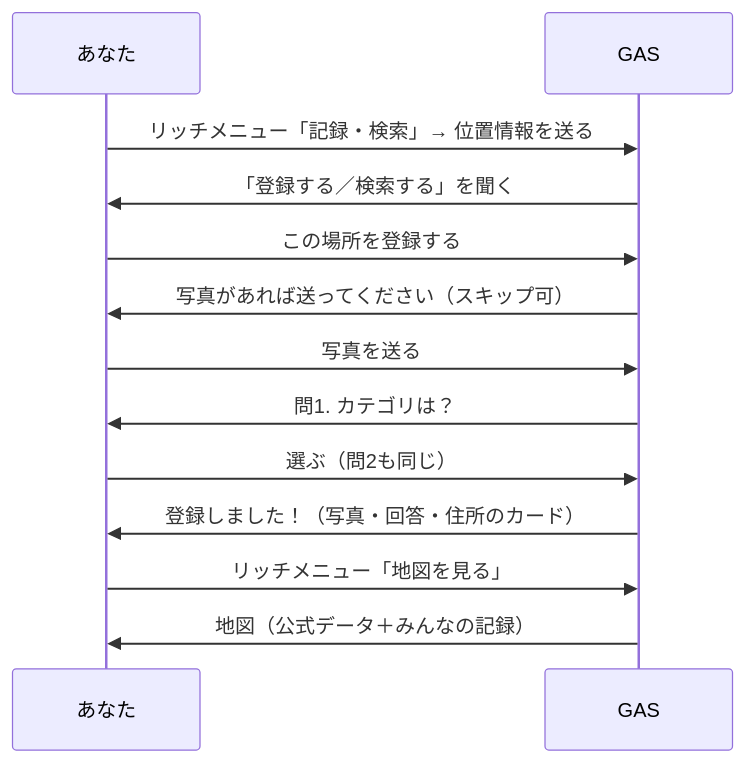
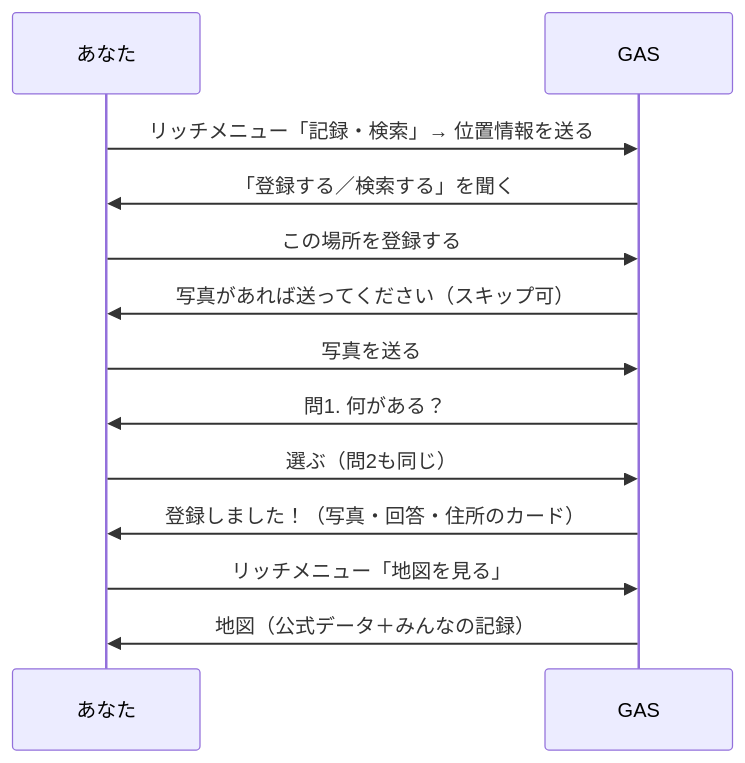
Before and after one commit to line-community-developer/nara-udc-line-handson: the diagram in books/nara-line-location-log-handson/03-00-mokumoku-intro.md, drawn with Mermaid. The commit also changed other lines of this file and 19 other files, not shown here.

````diff
--- a/books/nara-line-location-log-handson/03-00-mokumoku-intro.md
+++ b/books/nara-line-location-log-handson/03-00-mokumoku-intro.md
@@ -11,16 +11,16 @@
 ```mermaid
 sequenceDiagram
     participant You as あなた
     participant GAS as GAS
 
     You->>GAS: リッチメニュー「記録・検索」→ 位置情報を送る
     GAS->>You: 「登録する／検索する」を聞く
     You->>GAS: この場所を登録する
     GAS->>You: 写真があれば送ってください（スキップ可）
     You->>GAS: 写真を送る
-    GAS->>You: 問1. カテゴリは？
+    GAS->>You: 問1. 何がある？
     You->>GAS: 選ぶ（問2も同じ）
     GAS->>You: 登録しました！（写真・回答・住所のカード）
     You->>GAS: リッチメニュー「地図を見る」
     GAS->>You: 地図（公式データ＋みんなの記録）
 ```
````
